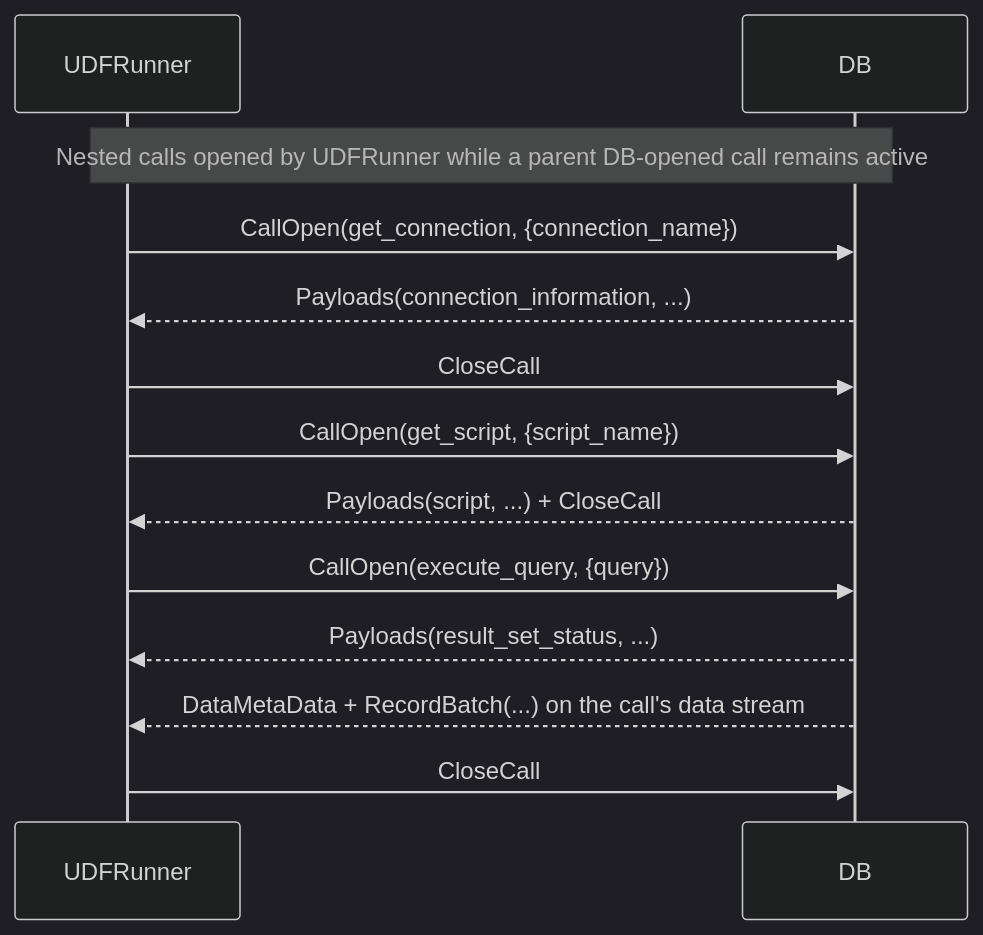
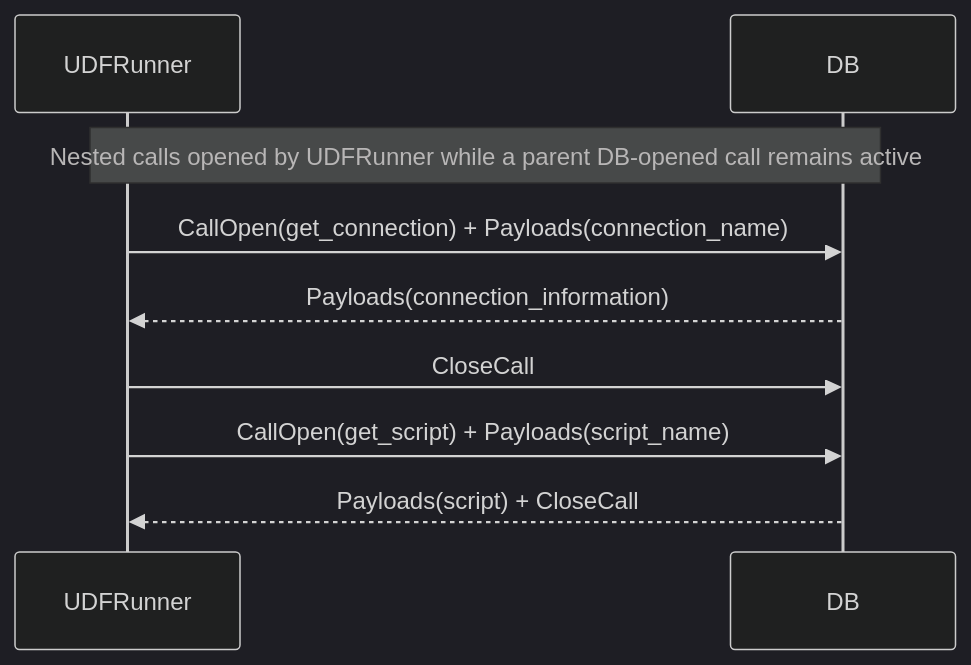
The diagram in doc/design/v2/udf_protocol_high_level_nested_calls.mmd (exasol/udf-runner-cpp), drawn with Mermaid (dark theme) before and after one commit. The commit also changed 14 other files, not shown here.

```diff
--- a/doc/design/v2/udf_protocol_high_level_nested_calls.mmd
+++ b/doc/design/v2/udf_protocol_high_level_nested_calls.mmd
@@ -1,17 +1,12 @@
 sequenceDiagram
     participant UDFRunner
     participant DB
 
     Note over UDFRunner,DB: Nested calls opened by UDFRunner while a parent DB-opened call remains active
 
-    UDFRunner->>DB: CallOpen(get_connection, {connection_name})
-    DB-->>UDFRunner: Payloads(connection_information, ...)
+    UDFRunner->>DB: CallOpen(get_connection) + Payloads(connection_name)
+    DB-->>UDFRunner: Payloads(connection_information)
     UDFRunner->>DB: CloseCall
 
-    UDFRunner->>DB: CallOpen(get_script, {script_name})
-    DB-->>UDFRunner: Payloads(script, ...) + CloseCall
-
-    UDFRunner->>DB: CallOpen(execute_query, {query})
-    DB-->>UDFRunner: Payloads(result_set_status, ...)
-    DB-->>UDFRunner: DataMetaData + RecordBatch(...) on the call's data stream
-    UDFRunner->>DB: CloseCall
+    UDFRunner->>DB: CallOpen(get_script) + Payloads(script_name)
+    DB-->>UDFRunner: Payloads(script) + CloseCall
```
